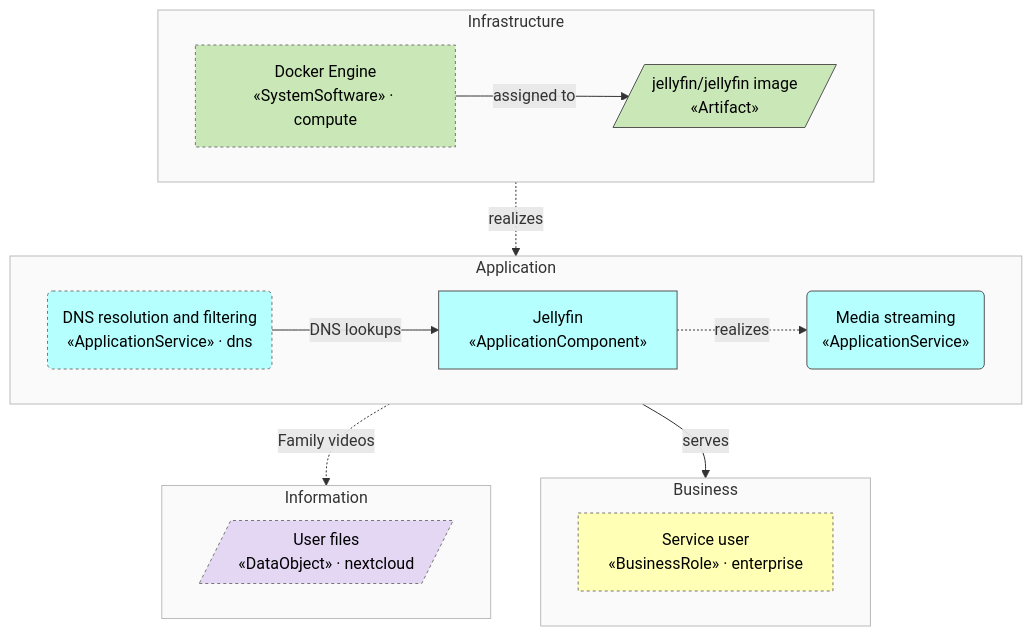
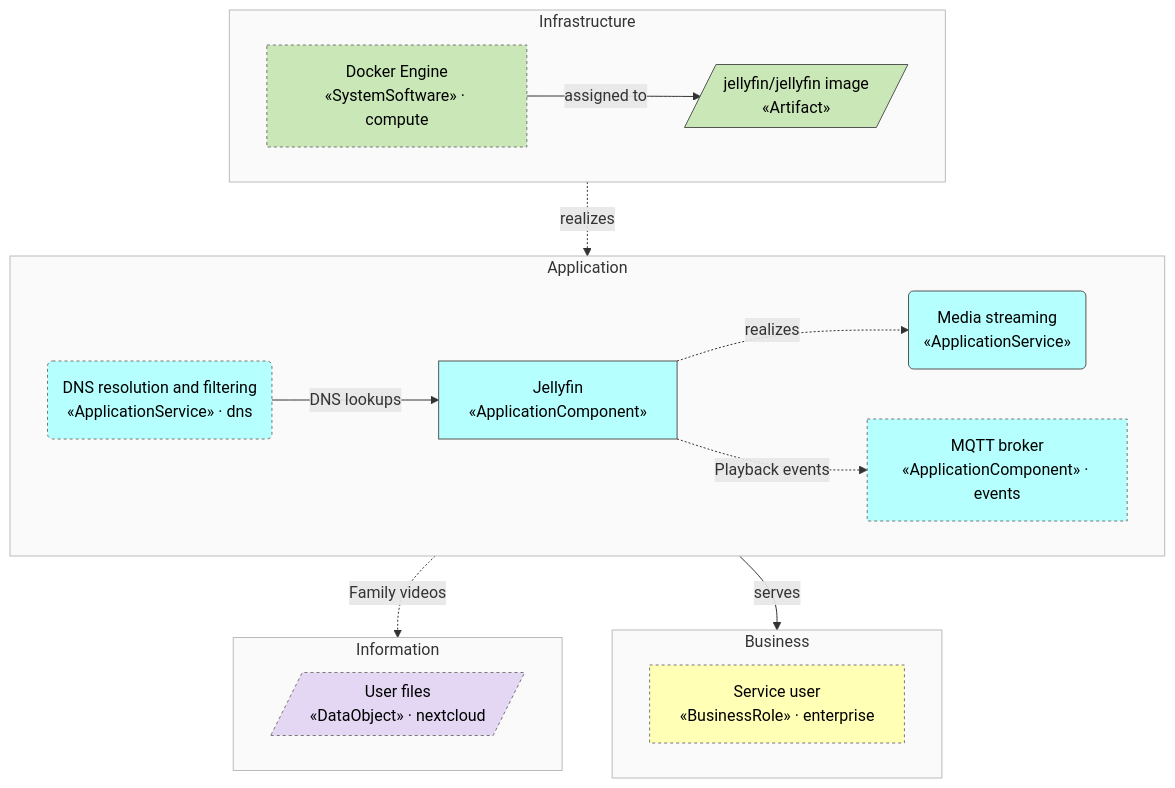
The third of 3 diagrams in docs/media/view-overview.md (b-zig/a4m), drawn with Mermaid before and after one commit. The commit also changed other lines of this file and 28 other files, not shown here.

First line of the commit message:
Add events platform SA (MQTT event fabric) and its first consumers

````diff
--- a/docs/media/view-overview.md
+++ b/docs/media/view-overview.md
@@ -69,42 +72,44 @@
 ```mermaid
 flowchart TB
   subgraph layer_business["Business"]
     direction LR
     enterprise__bus_role_user["Service user<br/>«BusinessRole» · enterprise"]
   end
   subgraph layer_information["Information"]
     direction LR
     nextcloud__data_files[/"User files<br/>«DataObject» · nextcloud"/]
   end
   subgraph layer_application["Application"]
     direction LR
     app_jellyfin["Jellyfin<br/>«ApplicationComponent»"]
     app_svc_streaming("Media streaming<br/>«ApplicationService»")
     dns__app_svc_dns("DNS resolution and filtering<br/>«ApplicationService» · dns")
+    events__app_mqtt_broker["MQTT broker<br/>«ApplicationComponent» · events"]
   end
   subgraph layer_infrastructure["Infrastructure"]
     direction LR
     infra_art_jellyfin[/"jellyfin/jellyfin image<br/>«Artifact»"/]
     compute__infra_docker["Docker Engine<br/>«SystemSoftware» · compute"]
   end
   app_jellyfin -.->|"realizes"| app_svc_streaming
   app_svc_streaming -->|"serves"| enterprise__bus_role_user
   app_jellyfin -.->|"Family videos"| nextcloud__data_files
   dns__app_svc_dns -->|"DNS lookups"| app_jellyfin
+  app_jellyfin -.->|"Playback events"| events__app_mqtt_broker
   compute__infra_docker -->|"assigned to"| infra_art_jellyfin
   infra_art_jellyfin -.->|"realizes"| app_jellyfin
   classDef business fill:#FFFFB5,stroke:#555,color:#000
   class enterprise__bus_role_user business
   style layer_business fill:#fafafa,stroke:#bbb
   classDef information fill:#E3D7F4,stroke:#555,color:#000
   class nextcloud__data_files information
   style layer_information fill:#fafafa,stroke:#bbb
   classDef application fill:#B5FFFF,stroke:#555,color:#000
-  class app_jellyfin,app_svc_streaming,dns__app_svc_dns application
+  class app_jellyfin,app_svc_streaming,dns__app_svc_dns,events__app_mqtt_broker application
   style layer_application fill:#fafafa,stroke:#bbb
   classDef infrastructure fill:#C9E7B7,stroke:#555,color:#000
   class infra_art_jellyfin,compute__infra_docker infrastructure
   style layer_infrastructure fill:#fafafa,stroke:#bbb
   classDef foreign stroke:#777,stroke-dasharray:3 3
-  class compute__infra_docker,dns__app_svc_dns,enterprise__bus_role_user,nextcloud__data_files foreign
+  class compute__infra_docker,dns__app_svc_dns,enterprise__bus_role_user,events__app_mqtt_broker,nextcloud__data_files foreign
 ```
````
